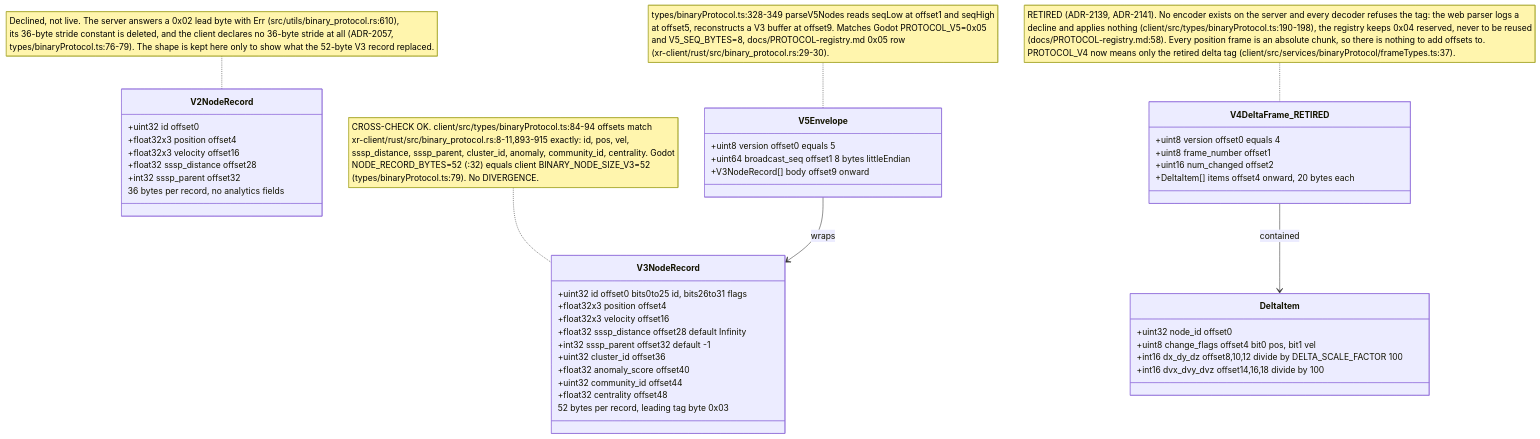
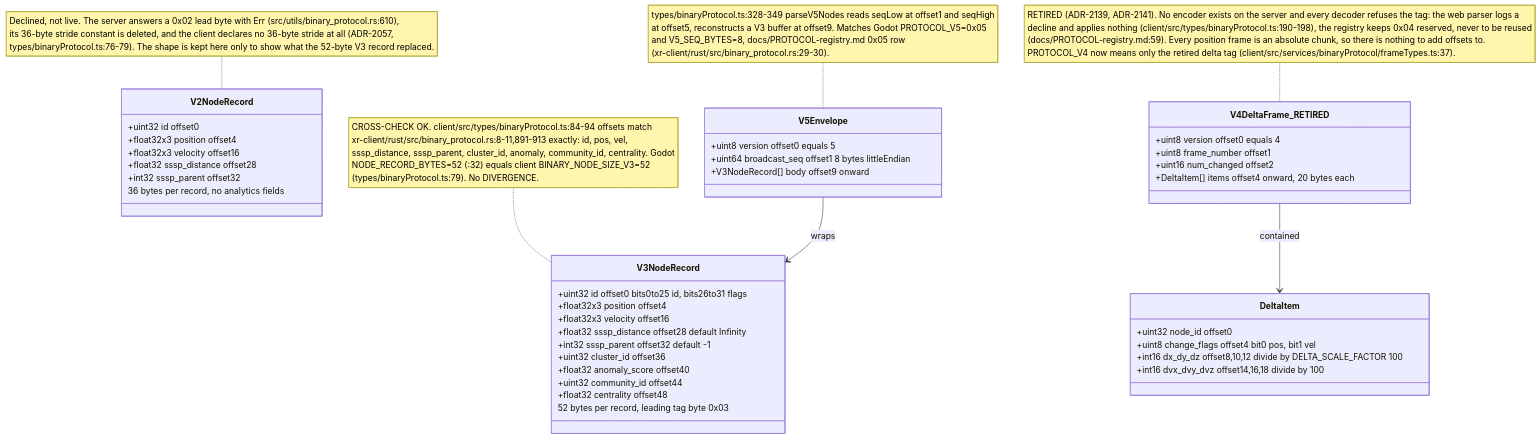
The fifth of 14 diagrams in docs/diagrams/visionclaw/32-client-websocket-and-binary.md (DreamLab-AI/VisionFlow), drawn with Mermaid before and after one commit. The commit also changed other lines of this file and 173 other files, not shown here.

````diff
--- a/docs/diagrams/visionclaw/32-client-websocket-and-binary.md
+++ b/docs/diagrams/visionclaw/32-client-websocket-and-binary.md
@@ -245,46 +250,46 @@
 ```mermaid
 classDiagram
     class V3NodeRecord {
       +uint32 id  offset0  bits0to25 id, bits26to31 flags
       +float32x3 position  offset4
       +float32x3 velocity  offset16
       +float32 sssp_distance  offset28  default Infinity
       +int32 sssp_parent  offset32  default -1
       +uint32 cluster_id  offset36
       +float32 anomaly_score  offset40
       +uint32 community_id  offset44
       +float32 centrality  offset48
       52 bytes per record, leading tag byte 0x03
     }
     class V2NodeRecord {
       +uint32 id  offset0
       +float32x3 position  offset4
       +float32x3 velocity  offset16
       +float32 sssp_distance  offset28
       +int32 sssp_parent  offset32
       36 bytes per record, no analytics fields
     }
     class V5Envelope {
       +uint8 version  offset0  equals 5
       +uint64 broadcast_seq  offset1  8 bytes littleEndian
       +V3NodeRecord[] body  offset9 onward
     }
     class V4DeltaFrame_RETIRED {
       +uint8 version  offset0  equals 4
       +uint8 frame_number  offset1
       +uint16 num_changed  offset2
       +DeltaItem[] items  offset4 onward, 20 bytes each
     }
     class DeltaItem {
       +uint32 node_id  offset0
       +uint8 change_flags  offset4  bit0 pos, bit1 vel
       +int16 dx_dy_dz  offset8,10,12  divide by DELTA_SCALE_FACTOR 100
       +int16 dvx_dvy_dvz  offset14,16,18  divide by 100
     }
     V5Envelope --> V3NodeRecord : wraps
     V4DeltaFrame_RETIRED --> DeltaItem : contained
-    note for V3NodeRecord "CROSS-CHECK OK. client/src/types/binaryProtocol.ts:84-94 offsets match<br/>xr-client/rust/src/binary_protocol.rs:8-11,893-915 exactly: id, pos, vel,<br/>sssp_distance, sssp_parent, cluster_id, anomaly, community_id, centrality. Godot<br/>NODE_RECORD_BYTES=52 (:32) equals client BINARY_NODE_SIZE_V3=52<br/>(types/binaryProtocol.ts:79). No DIVERGENCE."
+    note for V3NodeRecord "CROSS-CHECK OK. client/src/types/binaryProtocol.ts:84-94 offsets match<br/>xr-client/rust/src/binary_protocol.rs:8-11,891-913 exactly: id, pos, vel,<br/>sssp_distance, sssp_parent, cluster_id, anomaly, community_id, centrality. Godot<br/>NODE_RECORD_BYTES=52 (:32) equals client BINARY_NODE_SIZE_V3=52<br/>(types/binaryProtocol.ts:79). No DIVERGENCE."
     note for V2NodeRecord "Declined, not live. The server answers a 0x02 lead byte with Err (src/utils/binary_protocol.rs:610),<br/>its 36-byte stride constant is deleted, and the client declares no 36-byte stride at all (ADR-2057,<br/>types/binaryProtocol.ts:76-79). The shape is kept here only to show what the 52-byte V3 record replaced."
     note for V5Envelope "types/binaryProtocol.ts:328-349 parseV5Nodes reads seqLow at offset1 and seqHigh<br/>at offset5, reconstructs a V3 buffer at offset9. Matches Godot PROTOCOL_V5=0x05<br/>and V5_SEQ_BYTES=8, docs/PROTOCOL-registry.md 0x05 row<br/>(xr-client/rust/src/binary_protocol.rs:29-30)."
-    note for V4DeltaFrame_RETIRED "RETIRED (ADR-2139, ADR-2141). No encoder exists on the server and every decoder refuses the tag: the web parser logs a<br/>decline and applies nothing (client/src/types/binaryProtocol.ts:190-198), the registry keeps 0x04 reserved, never to be reused<br/>(docs/PROTOCOL-registry.md:58). Every position frame is an absolute chunk, so there is nothing to add offsets to.<br/>PROTOCOL_V4 now means only the retired delta tag (client/src/services/binaryProtocol/frameTypes.ts:37)."
+    note for V4DeltaFrame_RETIRED "RETIRED (ADR-2139, ADR-2141). No encoder exists on the server and every decoder refuses the tag: the web parser logs a<br/>decline and applies nothing (client/src/types/binaryProtocol.ts:190-198), the registry keeps 0x04 reserved, never to be reused<br/>(docs/PROTOCOL-registry.md:59). Every position frame is an absolute chunk, so there is nothing to add offsets to.<br/>PROTOCOL_V4 now means only the retired delta tag (client/src/services/binaryProtocol/frameTypes.ts:37)."
 ```
````
